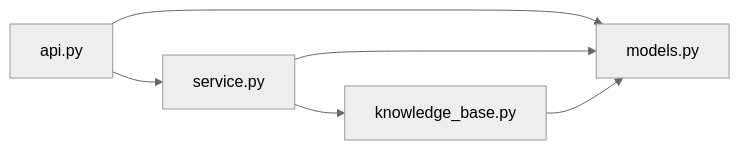
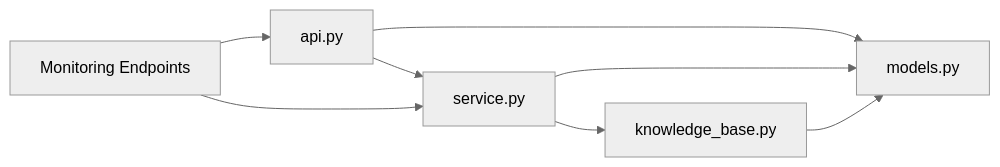
Before and after one commit to intellistream/sage-mate: the third of 3 diagrams in .qoder/repowiki/en/content/API Reference/Knowledge Management Endpoints.md, drawn with Mermaid (neutral theme). The commit also changed other lines of this file and 121 other files, not shown here.

````diff
--- a/.qoder/repowiki/en/content/API Reference/Knowledge Management Endpoints.md
+++ b/.qoder/repowiki/en/content/API Reference/Knowledge Management Endpoints.md
@@ -258,8 +336,10 @@
 ```mermaid
 graph LR
 API["api.py"] --> Service["service.py"]
 Service --> Store["knowledge_base.py"]
 API --> Models["models.py"]
 Service --> Models
 Store --> Models
+Monitoring["Monitoring Endpoints"] --> API
+Monitoring --> Service
 ```
````
